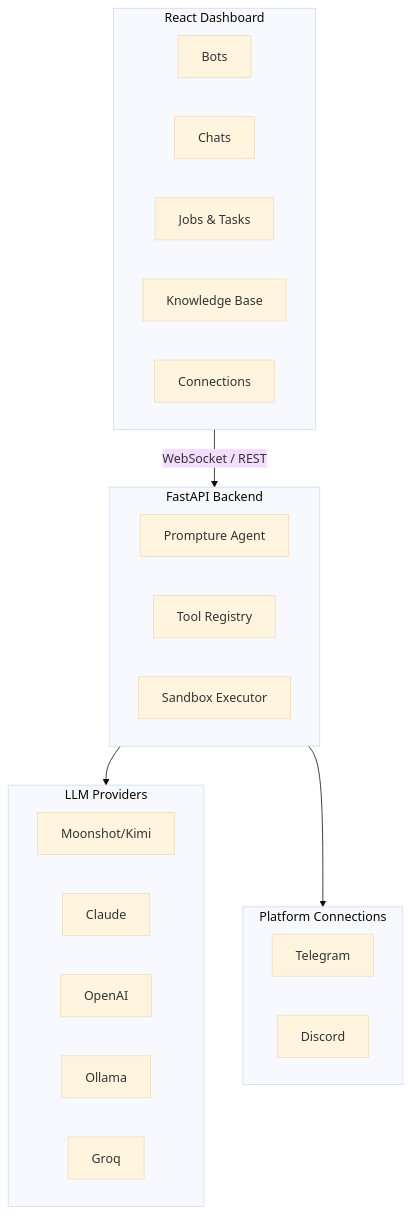
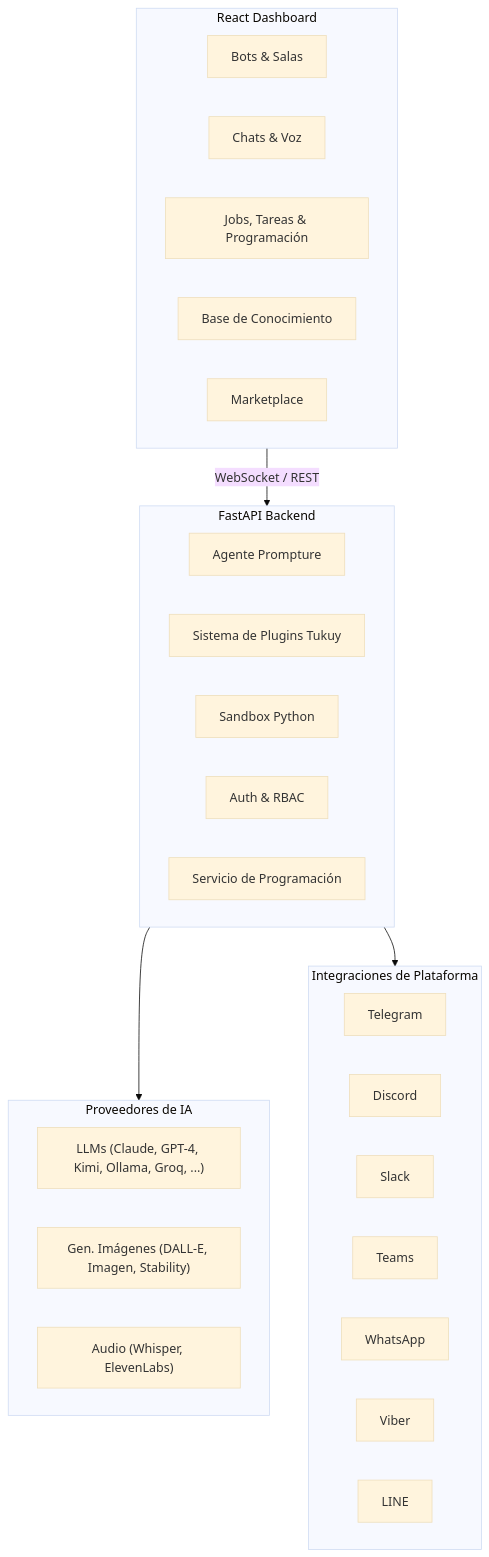
Before and after one commit to jhd3197/CachiBot: the diagram in docs/README.es.md, drawn with Mermaid (base theme). The commit also changed other lines of this file and 4 other files, not shown here.

````diff
--- a/docs/README.es.md
+++ b/docs/README.es.md
@@ -117,33 +163,38 @@
 ```mermaid
 graph TB
     subgraph Frontend["React Dashboard"]
-        Bots[Bots]
-        Chats[Chats]
-        Jobs[Jobs & Tasks]
-        KB[Knowledge Base]
-        Conn[Connections]
+        Bots[Bots & Salas]
+        Chats[Chats & Voz]
+        Work[Jobs, Tareas & Programación]
+        KB[Base de Conocimiento]
+        Market[Marketplace]
     end
 
     subgraph Backend["FastAPI Backend"]
-        Agent["Prompture Agent"]
-        Tools["Tool Registry"]
-        Sandbox["Sandbox Executor"]
+        Agent["Agente Prompture"]
+        Plugins["Sistema de Plugins Tukuy"]
+        Sandbox["Sandbox Python"]
+        Auth["Auth & RBAC"]
+        Scheduler["Servicio de Programación"]
     end
 
-    subgraph Providers["LLM Providers"]
-        Moonshot[Moonshot/Kimi]
-        Claude[Claude]
-        OpenAI[OpenAI]
-        Ollama[Ollama]
-        Groq[Groq]
+    subgraph Providers["Proveedores de IA"]
+        LLM["LLMs (Claude, GPT-4, Kimi, Ollama, Groq, ...)"]
+        ImgGen["Gen. Imágenes (DALL-E, Imagen, Stability)"]
+        Audio["Audio (Whisper, ElevenLabs)"]
     end
 
-    subgraph Platforms["Platform Connections"]
-        Telegram[Telegram]
-        Discord[Discord]
+    subgraph Platforms["Integraciones de Plataforma"]
+        TG[Telegram]
+        DC[Discord]
+        SL[Slack]
+        TM[Teams]
+        WA[WhatsApp]
+        VB[Viber]
+        LN[LINE]
     end
 
     Frontend -- "WebSocket / REST" --> Backend
     Backend --> Providers
     Backend --> Platforms
 ```
````
